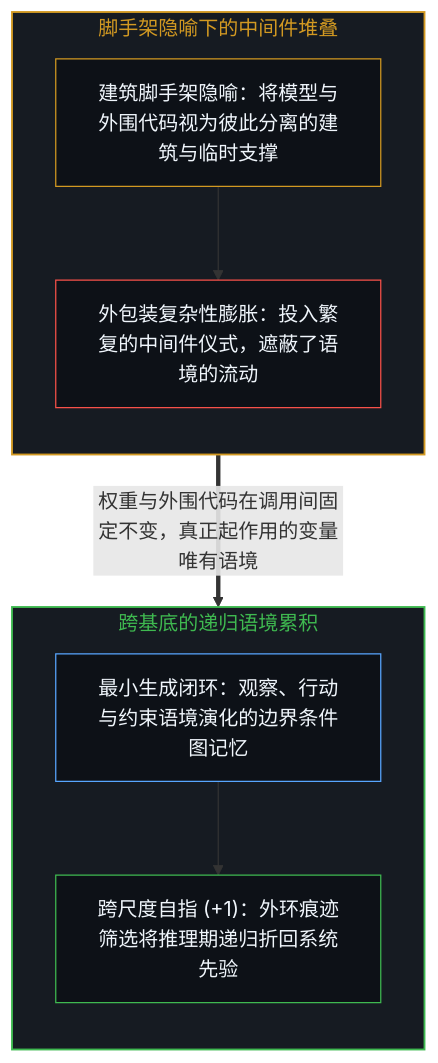
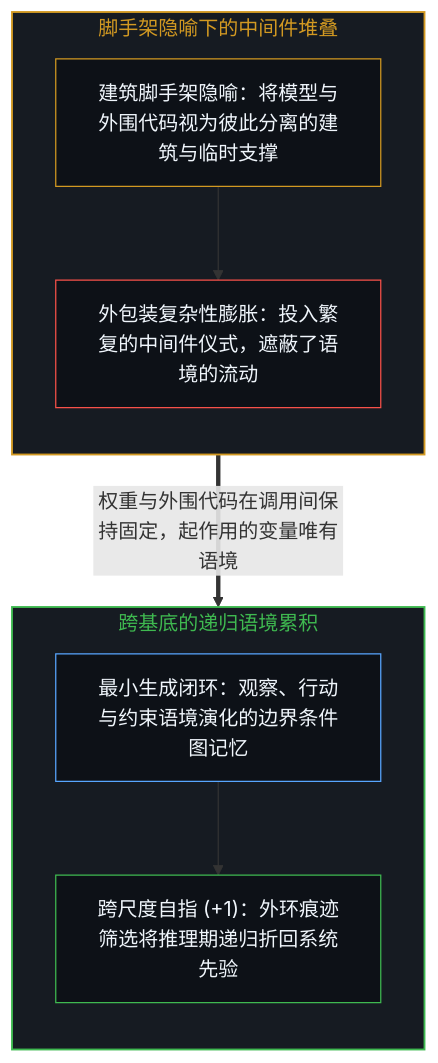
One commit to powerpig99/not-a-toe changed the first of 2 diagrams in content/posts/scaffolds-or-specialized-contexts.md. Above: the diagram before and after it, drawn with Mermaid. The commit also changed other lines of this file and 9 other files, not shown here.

````diff
--- a/content/posts/scaffolds-or-specialized-contexts.md
+++ b/content/posts/scaffolds-or-specialized-contexts.md
@@ -17,22 +17,22 @@
 ```mermaid
 flowchart TD
     subgraph S_Wrapper["脚手架隐喻下的中间件堆叠"]
         direction TB
         Metaphor["建筑脚手架隐喻：将模型与外围代码视为彼此分离的建筑与临时支撑"]
         Bloat["外包装复杂性膨胀：投入繁复的中间件仪式，遮蔽了语境的流动"]
         Metaphor --> Bloat
     end
     subgraph S_Context["跨基底的递归语境累积"]
         direction TB
         MinLoop["最小生成闭环：观察、行动与约束语境演化的边界条件图记忆"]
         SelfRef["跨尺度自指 (+1)：外环痕迹筛选将推理期递归折回系统先验"]
         MinLoop --> SelfRef
     end
-    Bloat ==>|"权重与外围代码在调用间固定不变，真正起作用的变量唯有语境"| MinLoop
+    Bloat ==>|"权重与外围代码在调用间保持固定，起作用的变量唯有语境"| MinLoop
     style S_Wrapper fill:#161b22,stroke:#d29922,stroke-width:1.5px,color:#d29922
     style S_Context fill:#161b22,stroke:#3fb950,stroke-width:1.5px,color:#3fb950
     style Metaphor fill:#0d1117,stroke:#d29922,stroke-width:1px,color:#f0f6fc
     style Bloat fill:#0d1117,stroke:#f85149,stroke-width:1px,color:#f0f6fc
     style MinLoop fill:#0d1117,stroke:#58a6ff,stroke-width:1px,color:#f0f6fc
     style SelfRef fill:#0d1117,stroke:#3fb950,stroke-width:1px,color:#f0f6fc
 ```
````
